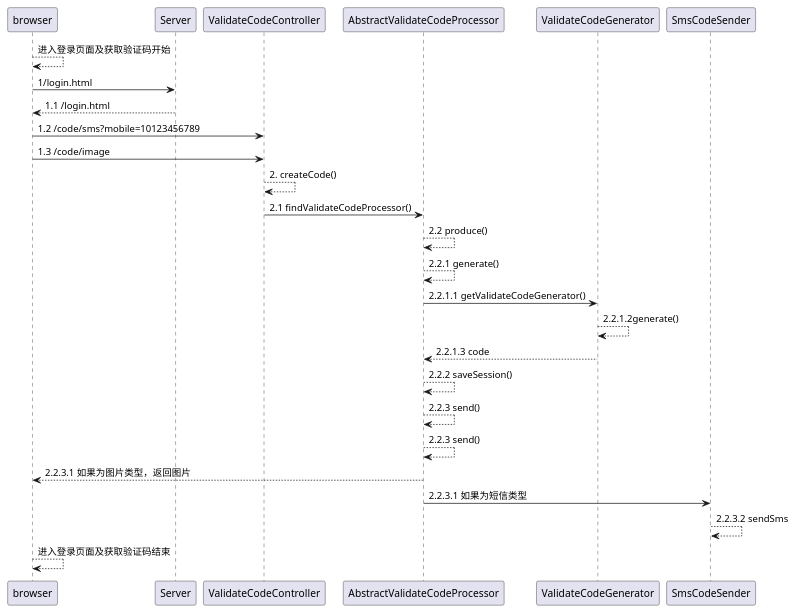
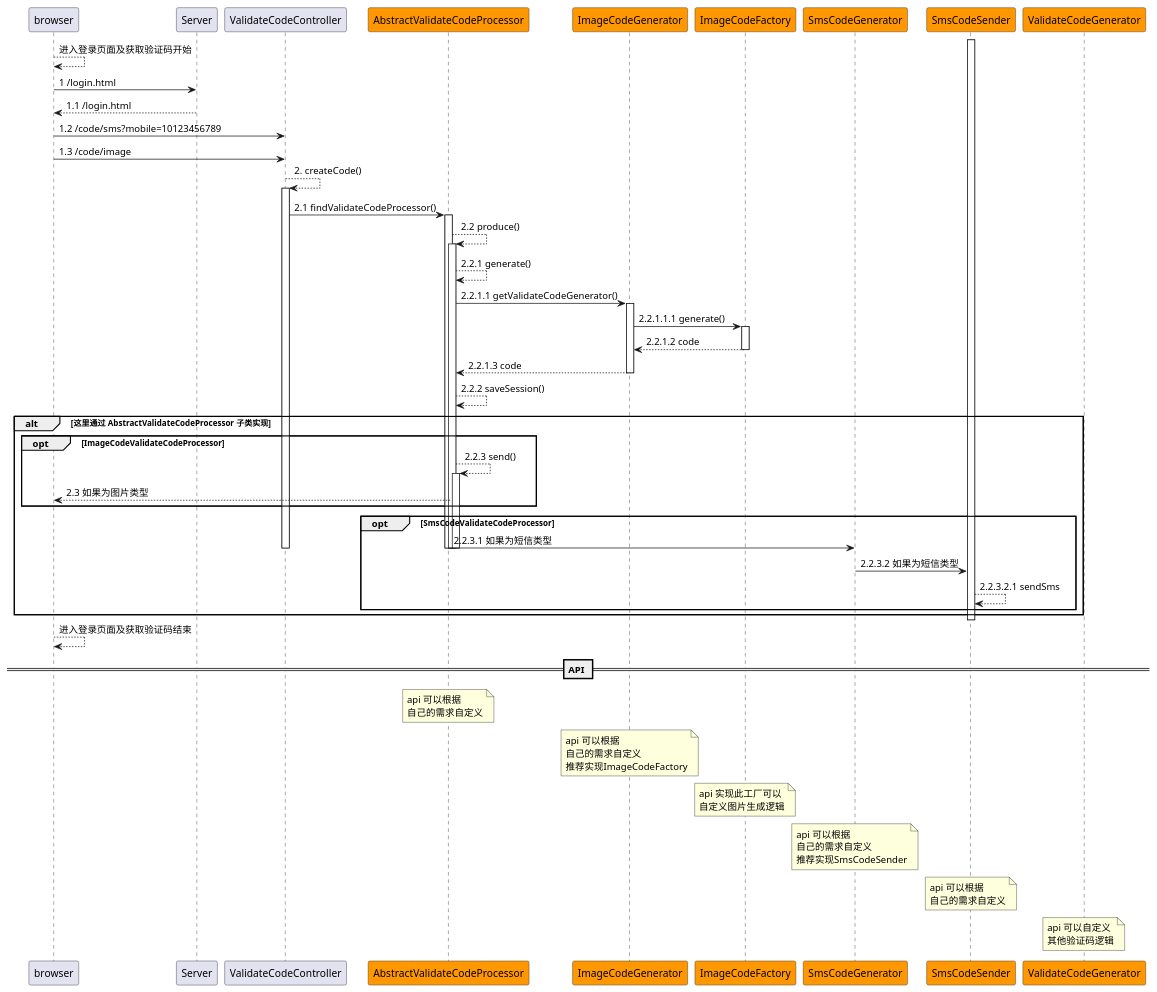
One commit to ZeroOrInfinity/UMS changed the diagram in doc/getValidateCode.puml. Above: the diagram before and after it, drawn with PlantUML. The commit also changed 71 other files, not shown here.

Commit message:
添加各模块的主要功能时序图，继续重构与优化代码，添加注释

```diff
--- a/doc/getValidateCode.puml
+++ b/doc/getValidateCode.puml
@@ -1,30 +1,61 @@
 @startuml
 
 browser --> browser: 进入登录页面及获取验证码开始
 
-browser -> Server: 1/login.html
+browser -> Server: 1 /login.html
 Server --> browser: 1.1 /login.html
 browser -> ValidateCodeController: 1.2 /code/sms?mobile=10123456789
 browser -> ValidateCodeController: 1.3 /code/image
 
 ValidateCodeController --> ValidateCodeController: 2. createCode()
+activate ValidateCodeController
+participant AbstractValidateCodeProcessor #ff9800
 ValidateCodeController -> AbstractValidateCodeProcessor: 2.1 findValidateCodeProcessor()
+activate AbstractValidateCodeProcessor
+AbstractValidateCodeProcessor --> AbstractValidateCodeProcessor: 2.2 produce()
+activate AbstractValidateCodeProcessor
+AbstractValidateCodeProcessor --> AbstractValidateCodeProcessor: 2.2.1 generate()
+participant ImageCodeGenerator #ff9800
+AbstractValidateCodeProcessor -> ImageCodeGenerator: 2.2.1.1 getValidateCodeGenerator()
+activate ImageCodeGenerator
+participant ImageCodeFactory #ff9800
+ImageCodeGenerator -> ImageCodeFactory: 2.2.1.1.1 generate()
+activate ImageCodeFactory
+ImageCodeFactory --> ImageCodeGenerator: 2.2.1.2 code
+deactivate ImageCodeFactory
+ImageCodeGenerator --> AbstractValidateCodeProcessor: 2.2.1.3 code
+deactivate ImageCodeGenerator
+AbstractValidateCodeProcessor --> AbstractValidateCodeProcessor: 2.2.2 saveSession()
+alt 这里通过 AbstractValidateCodeProcessor 子类实现
+opt ImageCodeValidateCodeProcessor
+AbstractValidateCodeProcessor --> AbstractValidateCodeProcessor: 2.2.3 send()
+activate AbstractValidateCodeProcessor
+AbstractValidateCodeProcessor --> browser: 2.3 如果为图片类型
+end
+opt SmsCodeValidateCodeProcessor
+participant SmsCodeGenerator #ff9800
+AbstractValidateCodeProcessor -> SmsCodeGenerator: 2.2.3.1 如果为短信类型
+deactivate AbstractValidateCodeProcessor
 
-AbstractValidateCodeProcessor --> AbstractValidateCodeProcessor: 2.2 produce()
-AbstractValidateCodeProcessor --> AbstractValidateCodeProcessor: 2.2.1 generate()
-AbstractValidateCodeProcessor -> ValidateCodeGenerator: 2.2.1.1 getValidateCodeGenerator()
-
-ValidateCodeGenerator --> ValidateCodeGenerator: 2.2.1.2generate()
-ValidateCodeGenerator --> AbstractValidateCodeProcessor: 2.2.1.3 code
-
-AbstractValidateCodeProcessor --> AbstractValidateCodeProcessor: 2.2.2 saveSession()
-AbstractValidateCodeProcessor --> AbstractValidateCodeProcessor: 2.2.3 send()
-AbstractValidateCodeProcessor --> AbstractValidateCodeProcessor: 2.2.3 send()
-AbstractValidateCodeProcessor --> browser: 2.2.3.1 如果为图片类型，返回图片
-AbstractValidateCodeProcessor -> SmsCodeSender: 2.2.3.1 如果为短信类型
-
-SmsCodeSender --> SmsCodeSender: 2.2.3.2 sendSms
-
+deactivate AbstractValidateCodeProcessor
+deactivate AbstractValidateCodeProcessor
+deactivate ValidateCodeController
+participant SmsCodeSender #ff9800
+SmsCodeGenerator -> SmsCodeSender: 2.2.3.2 如果为短信类型
+SmsCodeSender --> SmsCodeSender: 2.2.3.2.1 sendSms
+end
+end
+activate SmsCodeSender
+deactivate SmsCodeSender
 browser --> browser: 进入登录页面及获取验证码结束
+== API ==
+note over AbstractValidateCodeProcessor: api 可以根据\n自己的需求自定义
+note over  ImageCodeGenerator: api 可以根据\n自己的需求自定义\n推荐实现ImageCodeFactory
+note over  ImageCodeFactory: api 实现此工厂可以\n自定义图片生成逻辑
+note over  SmsCodeGenerator: api 可以根据\n自己的需求自定义\n推荐实现SmsCodeSender
+note over  SmsCodeSender: api 可以根据\n自己的需求自定义
+participant ValidateCodeGenerator #ff9800
+note over  ValidateCodeGenerator: api 可以自定义\n其他验证码逻辑
+participant ValidateCodeGenerator #ff9800
 
 @enduml
```
